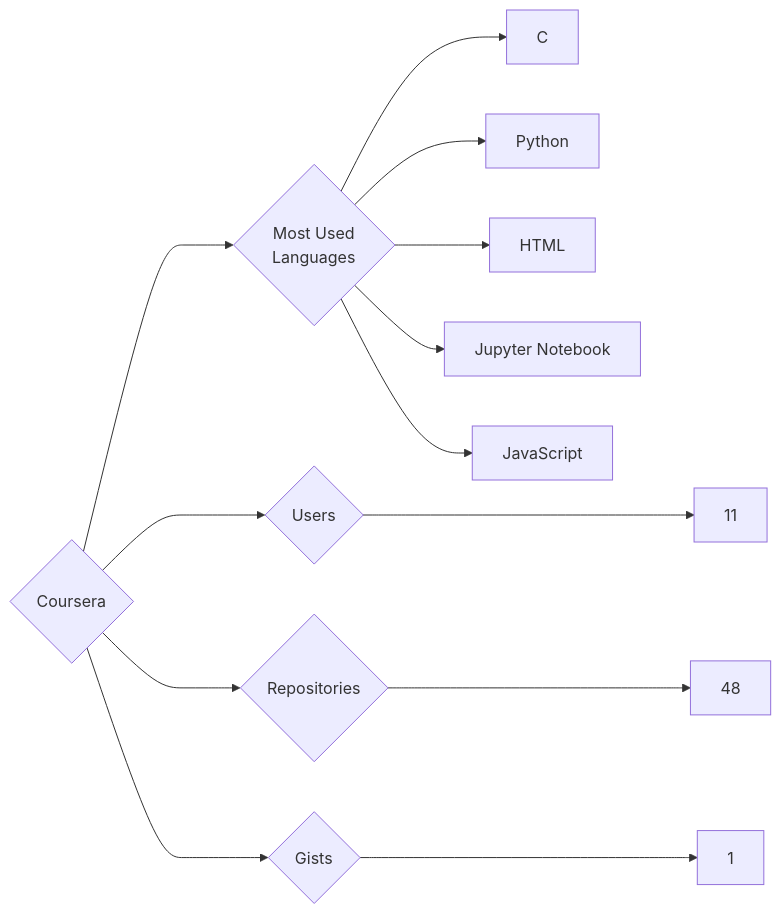
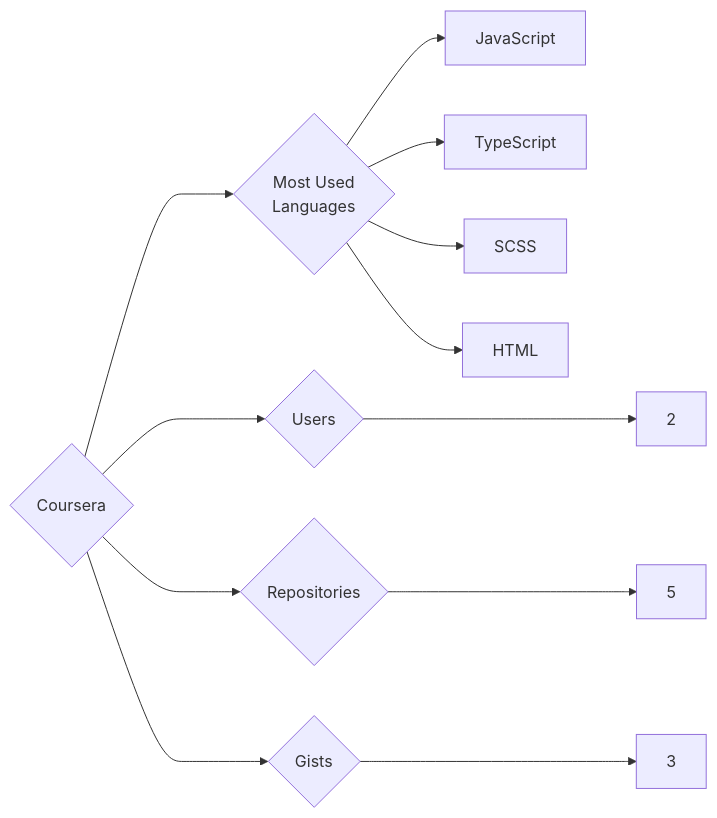
One commit to trickest/insiders changed the diagram in targets/Coursera/README.md. Above: the diagram before and after it, drawn with Mermaid. The commit also changed 934 other files, not shown here.

````diff
--- a/targets/Coursera/README.md
+++ b/targets/Coursera/README.md
@@ -3,13 +3,12 @@
 ```mermaid
 graph LR
 COMPANY_NAME{Coursera}
-COMPANY_NAME ---> U{Users} ---> UN[11]
-COMPANY_NAME ---> R{Repositories} ---> RN[48]
-COMPANY_NAME ---> G{Gists} ---> GN[1]
+COMPANY_NAME ---> U{Users} ---> UN[2]
+COMPANY_NAME ---> R{Repositories} ---> RN[5]
+COMPANY_NAME ---> G{Gists} ---> GN[3]
 COMPANY_NAME ---> ML{Most Used<br>Languages}
-ML --> C[C]
-ML --> Python[Python]
+ML --> JavaScript[JavaScript]
+ML --> TypeScript[TypeScript]
+ML --> SCSS[SCSS]
 ML --> HTML[HTML]
-ML --> Jupyter_Notebook[Jupyter Notebook]
-ML --> JavaScript[JavaScript]
 ```
````
